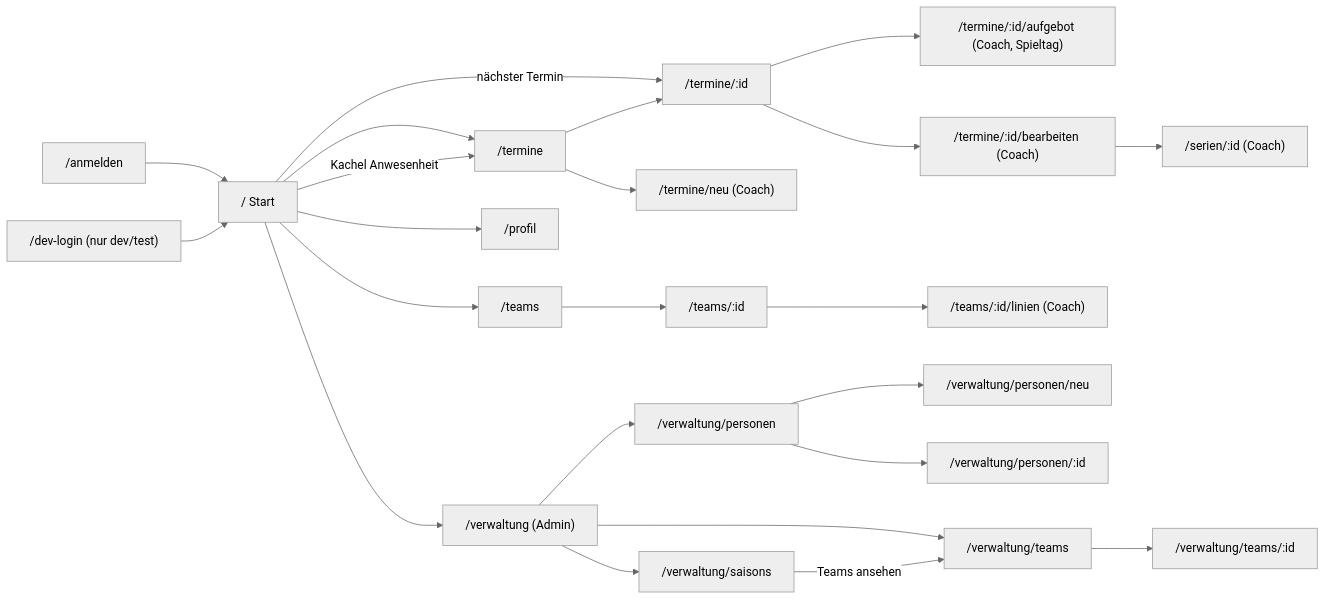
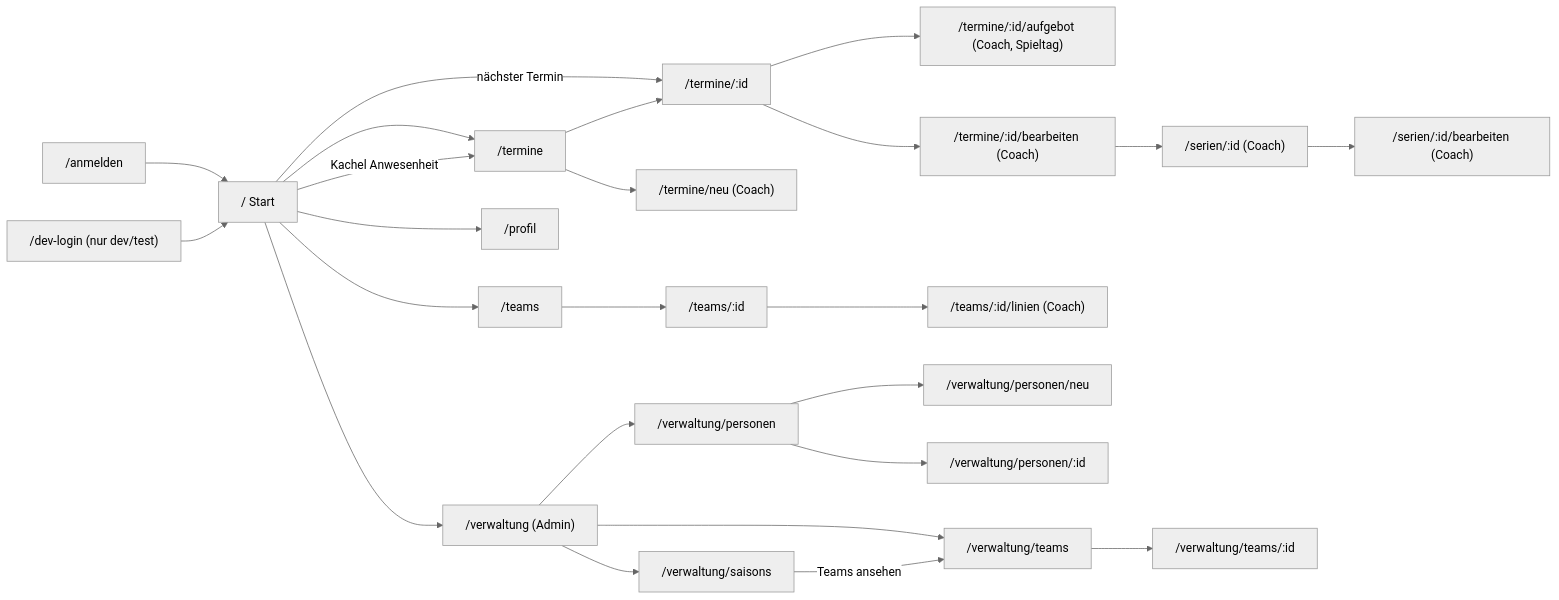
One commit to cyrilleulmi/StvBeroPlatform changed the diagram in docs/oberflaeche/navigation.md. Above: the diagram before and after it, drawn with Mermaid (neutral theme). The commit also changed other lines of this file and 58 other files, not shown here.

````diff
--- a/docs/oberflaeche/navigation.md
+++ b/docs/oberflaeche/navigation.md
@@ -15,25 +15,26 @@
 ```mermaid
 flowchart LR
     Login["/anmelden"] --> Start["/ Start"]
     DevLogin["/dev-login (nur dev/test)"] --> Start
     Start --> Termine["/termine"]
     Start -->|Kachel Anwesenheit| Termine
     Start -->|nächster Termin| Detail
     Termine --> Detail["/termine/:id"]
     Detail --> Aufgebot["/termine/:id/aufgebot (Coach, Spieltag)"]
     Detail --> TerminBearbeiten["/termine/:id/bearbeiten (Coach)"]
     Termine --> TerminNeu["/termine/neu (Coach)"]
     TerminBearbeiten --> Serie["/serien/:id (Coach)"]
+    Serie --> SerieBearbeiten["/serien/:id/bearbeiten (Coach)"]
     Start --> Teams["/teams"]
     Teams --> Team["/teams/:id"]
     Team --> Linien["/teams/:id/linien (Coach)"]
     Start --> Profil["/profil"]
     Start --> Verwaltung["/verwaltung (Admin)"]
     Verwaltung --> Personen["/verwaltung/personen"]
     Personen --> PersonNeu["/verwaltung/personen/neu"]
     Personen --> PersonDetail["/verwaltung/personen/:id"]
     Verwaltung --> VTeams["/verwaltung/teams"]
     VTeams --> VTeam["/verwaltung/teams/:id"]
     Verwaltung --> Saisons["/verwaltung/saisons"]
     Saisons -->|Teams ansehen| VTeams
 ```
````
